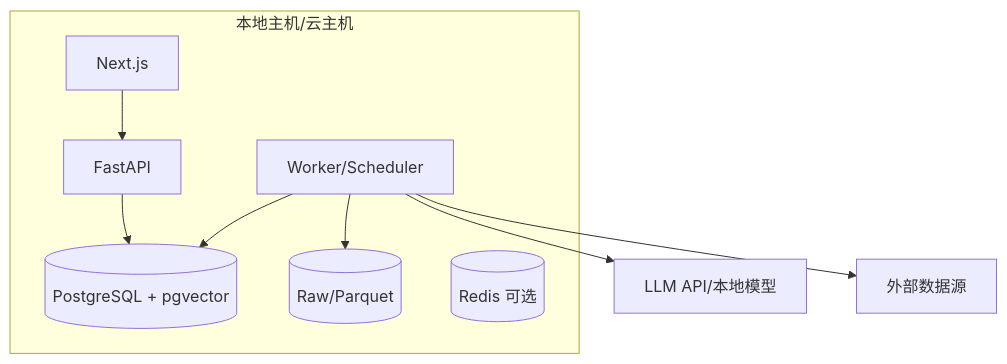
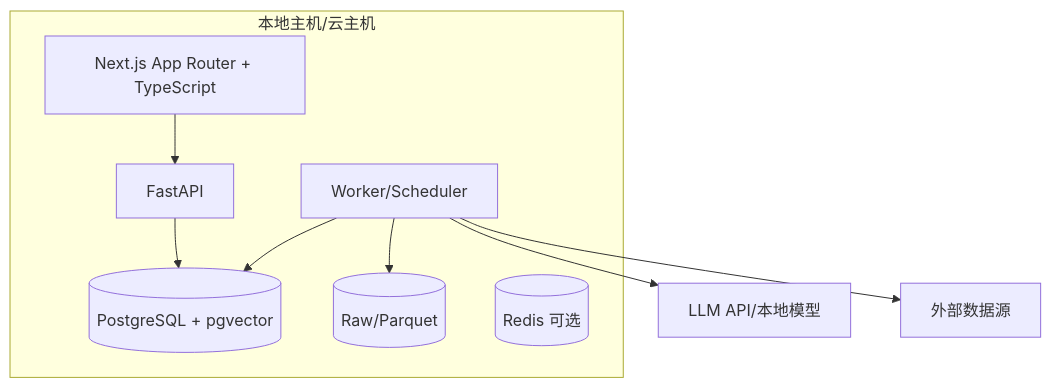
One commit to RickyW0529/Margin changed diagram 21 of 24 in docs/design/v0.1/architecture/Margin_架构设计_v0.1_中文.md. Above: the diagram before and after it, drawn with Mermaid. The commit also changed other lines of this file and 115 other files, not shown here.

````diff
--- a/docs/design/v0.1/architecture/Margin_架构设计_v0.1_中文.md
+++ b/docs/design/v0.1/architecture/Margin_架构设计_v0.1_中文.md
@@ -996,18 +1002,18 @@
 ```mermaid
 flowchart TB
     subgraph Host[本地主机/云主机]
-        WEB[Next.js]
+        WEB[Next.js App Router + TypeScript]
         API[FastAPI]
         WORKER[Worker/Scheduler]
         PG[(PostgreSQL + pgvector)]
         FILES[(Raw/Parquet)]
         REDIS[(Redis 可选)]
     end
 
     API --> PG
     WORKER --> PG
     WORKER --> FILES
     WORKER --> LLM[LLM API/本地模型]
     WORKER --> DATA[外部数据源]
     WEB --> API
 ```
````
